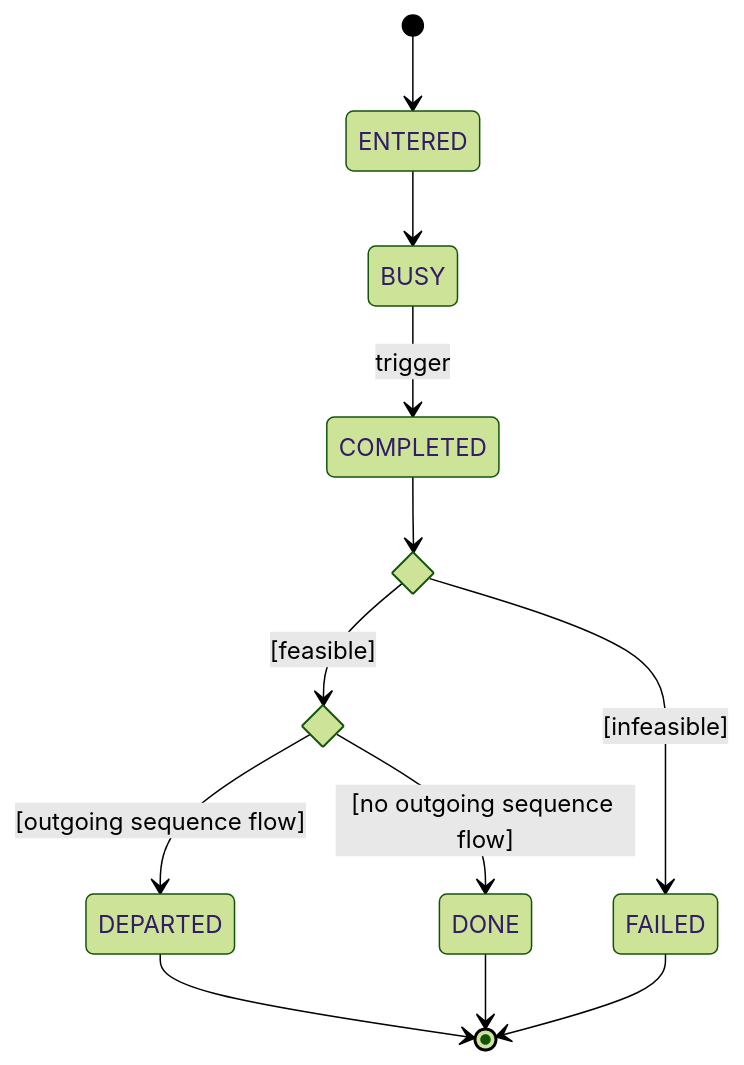
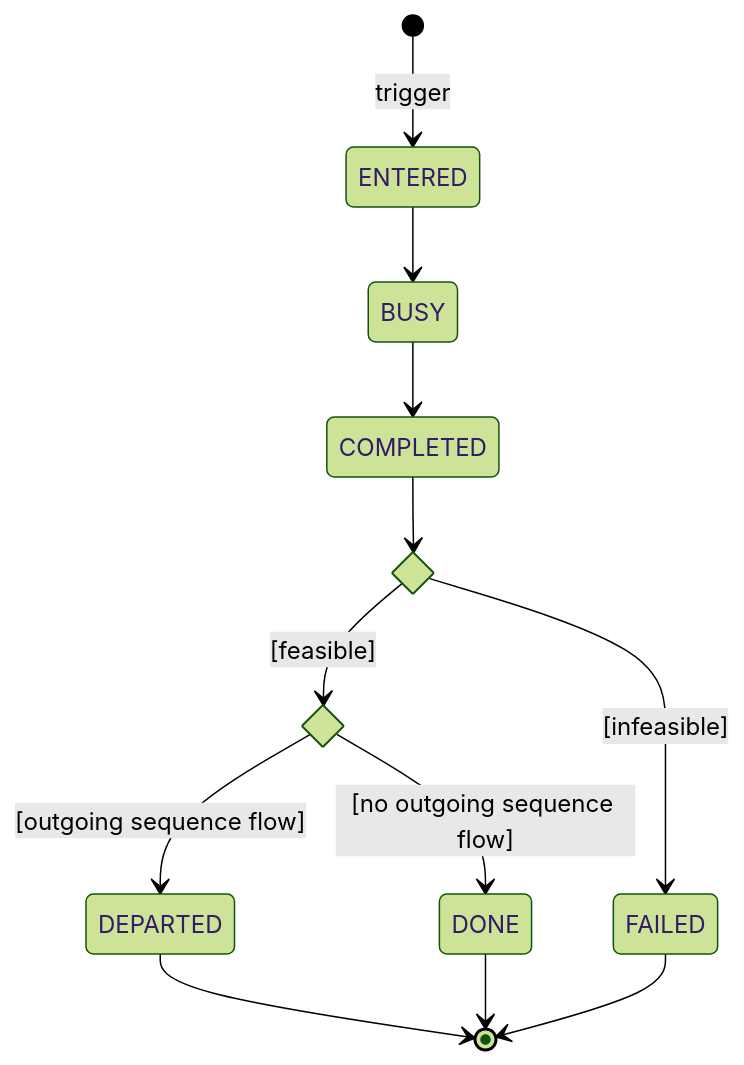
Before and after one commit to bpmn-os/bpmnos-engine: the diagram in docs/md/logic/token_flow_logic_typed_start_events.md, drawn with Mermaid (forest theme). The commit also changed other lines of this file and 37 other files, not shown here.

```diff
--- a/docs/md/logic/token_flow_logic_typed_start_events.md
+++ b/docs/md/logic/token_flow_logic_typed_start_events.md
@@ -15,16 +16,16 @@
 <pre class="mermaid">
 stateDiagram-v2
     state feasibleEntry <<choice>>
     state departure <<choice>>
-    [*] --> ENTERED
+    [*] --> ENTERED: trigger
     ENTERED --> BUSY
-    BUSY --> COMPLETED: trigger
+    BUSY --> COMPLETED
     COMPLETED --> feasibleEntry
     feasibleEntry --> departure: [feasible]
     feasibleEntry --> FAILED: [infeasible]
     departure --> DEPARTED: [outgoing sequence flow]
     departure --> DONE: [no outgoing sequence flow]
     DEPARTED --> [*]
     DONE --> [*]
     FAILED --> [*]
 </pre>
```
